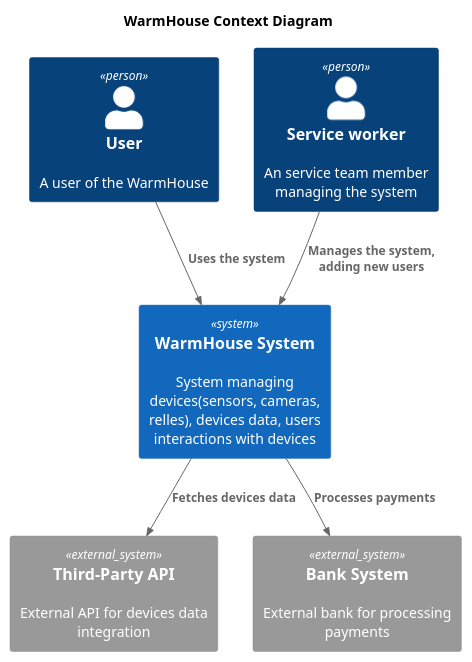
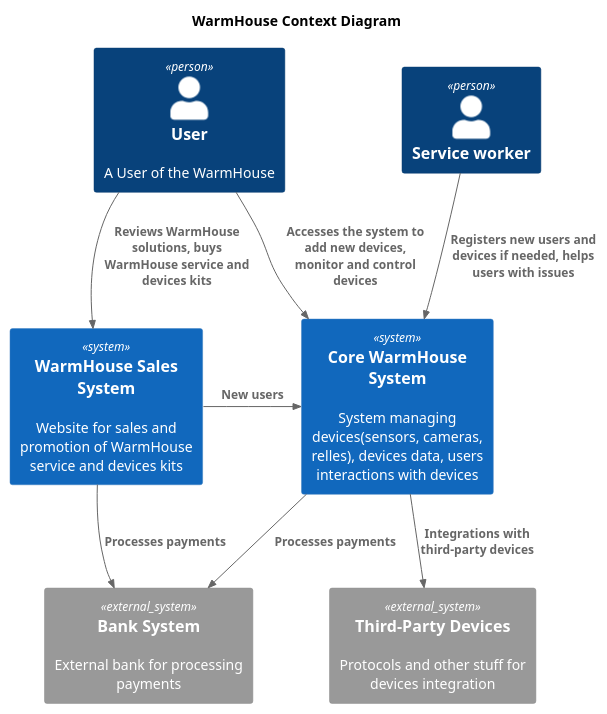
One commit to gigagrig/architecture-pro-warmhouse changed the diagram in diagrams/context/WarmHouse_Context.puml. Above: the diagram before and after it, drawn with PlantUML.

Commit message:
Refactored context C4 diagram

```diff
--- a/diagrams/context/WarmHouse_Context.puml
+++ b/diagrams/context/WarmHouse_Context.puml
@@ -1,20 +1,24 @@
 @startuml WarmHouse_Context 
 title WarmHouse Context Diagram
 
 top to bottom direction
 
 !includeurl https://raw.githubusercontent.com/RicardoNiepel/C4-PlantUML/master/C4_Component.puml
 
-Person(user, "User", "A user of the WarmHouse")
-Person(service_worker, "Service worker", "An service team member managing the system")
-System(WarmHouseSystem, "WarmHouse System", "System managing devices(sensors, cameras, relles), devices data, users interactions with devices")
+Person(user, "User", "A User of the WarmHouse")
+Person(service_worker, "Service worker", "")
+System(WarmHouseSystem, "Core WarmHouse System", "System managing devices(sensors, cameras, relles), devices data, users interactions with devices")
+System(WarmHouseSalesSystem, "WarmHouse Sales System", "Website for sales and promotion of WarmHouse service and devices kits")
 
-System_Ext(api, "Third-Party API", "External API for devices data integration")
+System_Ext(api, "Third-Party Devices", "Protocols and other stuff for devices integration")
 System_Ext(bank, "Bank System", "External bank for processing payments")
 
-Rel(user, WarmHouseSystem, "Uses the system")
-Rel(service_worker,WarmHouseSystem, "Manages the system, adding new users")
-Rel(WarmHouseSystem,api,"Fetches devices data")
+Rel(user, WarmHouseSystem, "Accesses the system to add new devices, monitor and control devices")
+Rel(user, WarmHouseSalesSystem, "Reviews WarmHouse solutions, buys WarmHouse service and devices kits")
+Rel(service_worker, WarmHouseSystem, "Registers new users and devices if needed, helps users with issues")
 Rel(WarmHouseSystem,bank,"Processes payments")
+Rel(WarmHouseSalesSystem,bank,"Processes payments")
+Rel(WarmHouseSystem, api, "Integrations with third-party devices")
+Rel_R(WarmHouseSalesSystem, WarmHouseSystem, "New users")
 
 @enduml
```
